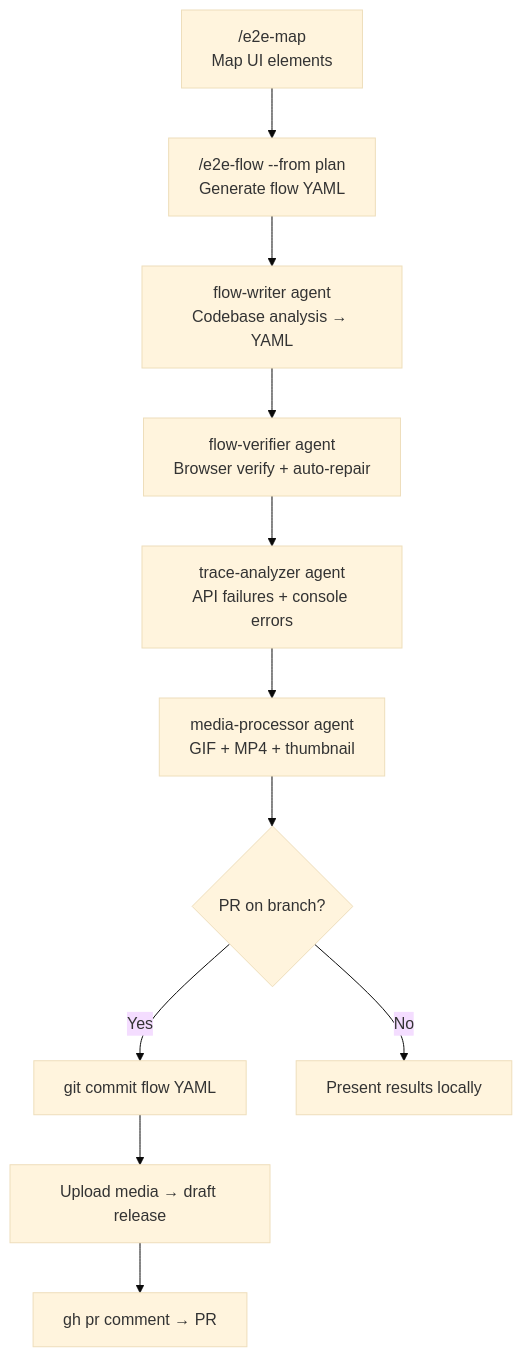
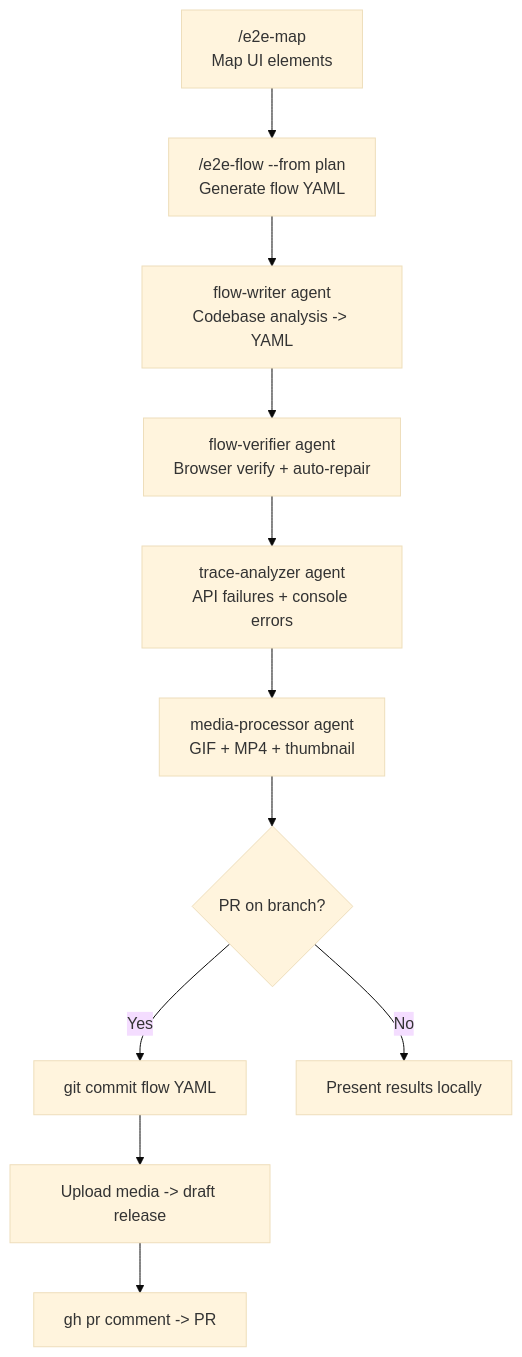
The second of 2 diagrams in e2e-pipeline/docs/pr-workflow.md (iamcxa/kc-claude-plugins), drawn with Mermaid (base theme) before and after one commit. The commit also changed other lines of this file and 7 other files, not shown here.

First line of the commit message:
docs(e2e-pipeline): sync docs with CLI-only flow + 12 existing gaps

````diff
--- a/e2e-pipeline/docs/pr-workflow.md
+++ b/e2e-pipeline/docs/pr-workflow.md
@@ -42,13 +42,13 @@
 ```mermaid
 flowchart TD
     M["/e2e-map<br/>Map UI elements"] --> F["/e2e-flow --from plan<br/>Generate flow YAML"]
-    F --> W["flow-writer agent<br/>Codebase analysis → YAML"]
+    F --> W["flow-writer agent<br/>Codebase analysis -> YAML"]
     W --> V["flow-verifier agent<br/>Browser verify + auto-repair"]
     V --> T["trace-analyzer agent<br/>API failures + console errors"]
     T --> MP["media-processor agent<br/>GIF + MP4 + thumbnail"]
     MP --> C{"PR on branch?"}
     C -->|Yes| GC["git commit flow YAML"]
-    GC --> DR["Upload media → draft release"]
-    DR --> PR["gh pr comment → PR"]
+    GC --> DR["Upload media -> draft release"]
+    DR --> PR["gh pr comment -> PR"]
     C -->|No| Done["Present results locally"]
 ```
````
